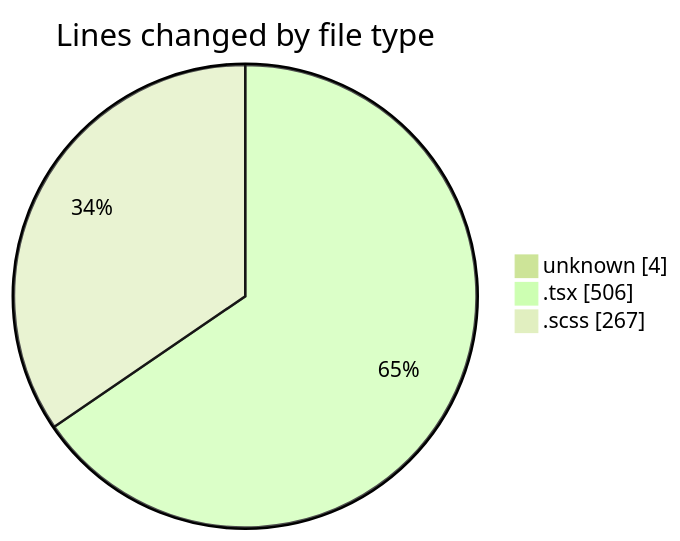
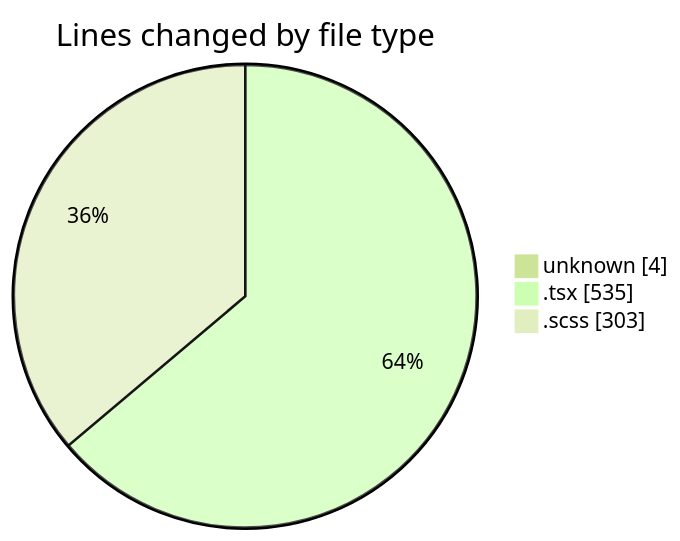
The first of 2 diagrams in 2025-02-14/cda/README.md (momahboobian/code-tracking), drawn with Mermaid (forest theme) before and after one commit. The commit also changed other lines of this file and 1 other file, not shown here.

````diff
--- a/2025-02-14/cda/README.md
+++ b/2025-02-14/cda/README.md
@@ -23,7 +23,7 @@
 ```mermaid
 pie showData
 title Lines changed by file type
 "unknown" : 4
-".tsx" : 506
-".scss" : 267
+".tsx" : 535
+".scss" : 303
 ```
````
